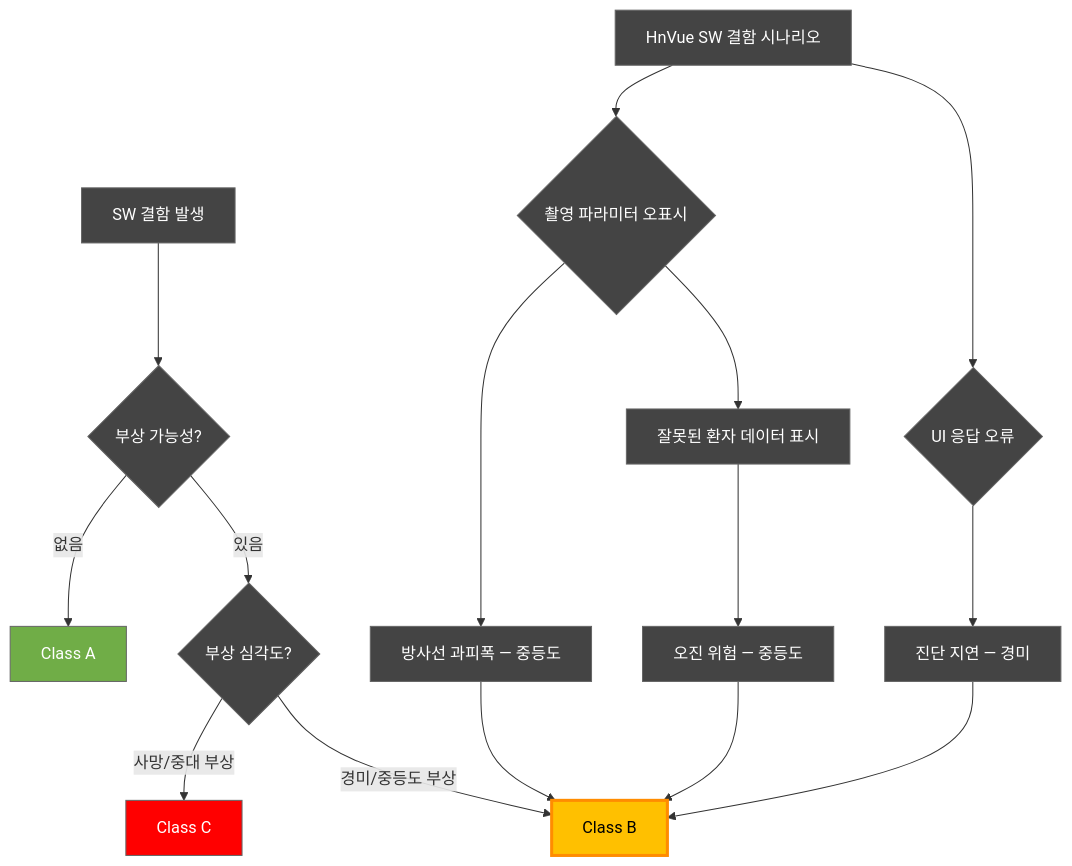
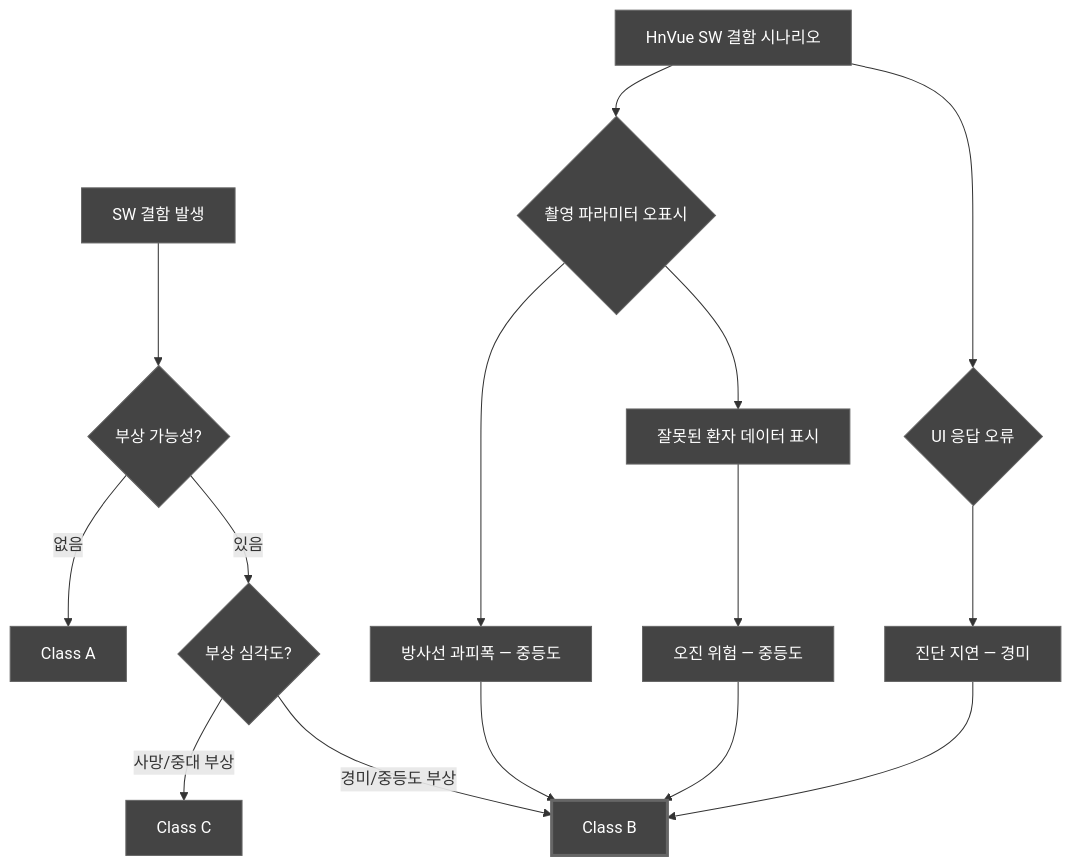
The third of 13 diagrams in docs/management/DOC-003_SW_Development_Guideline_v1.0.md (holee9/console-gui), drawn with Mermaid before and after one commit. The commit also changed other lines of this file and 35 other files, not shown here.

First line of the commit message:
fix: 전체 Mermaid 차트 색상 진한 회색 통일

````diff
--- a/docs/management/DOC-003_SW_Development_Guideline_v1.0.md
+++ b/docs/management/DOC-003_SW_Development_Guideline_v1.0.md
@@ -306,25 +306,25 @@
 ```mermaid
 flowchart TD
     classDef default fill:#444,stroke:#666,color:#fff
     A[SW 결함 발생] --> B{부상 가능성?}
     B -->|없음| C[Class A]
     B -->|있음| D{부상 심각도?}
     D -->|사망/중대 부상| E[Class C]
     D -->|경미/중등도 부상| F[Class B]
     
     G[HnVue SW 결함 시나리오] --> H{촬영 파라미터 오표시}
     H --> I[방사선 과피폭 — 중등도]
     H --> J[잘못된 환자 데이터 표시]
     J --> K[오진 위험 — 중등도]
     G --> L{UI 응답 오류}
     L --> M[진단 지연 — 경미]
     
     I --> F
     K --> F
     M --> F
     
-    style C fill:#70AD47,color:#fff
-    style F fill:#FFC000,color:#000
-    style E fill:#FF0000,color:#fff
-    style F stroke:#FF8C00,stroke-width:3px
+    style C fill:#444,color:#fff
+    style F fill:#444,color:#fff
+    style E fill:#444,color:#fff
+    style F stroke:#666,stroke-width:3px
 ```
````
